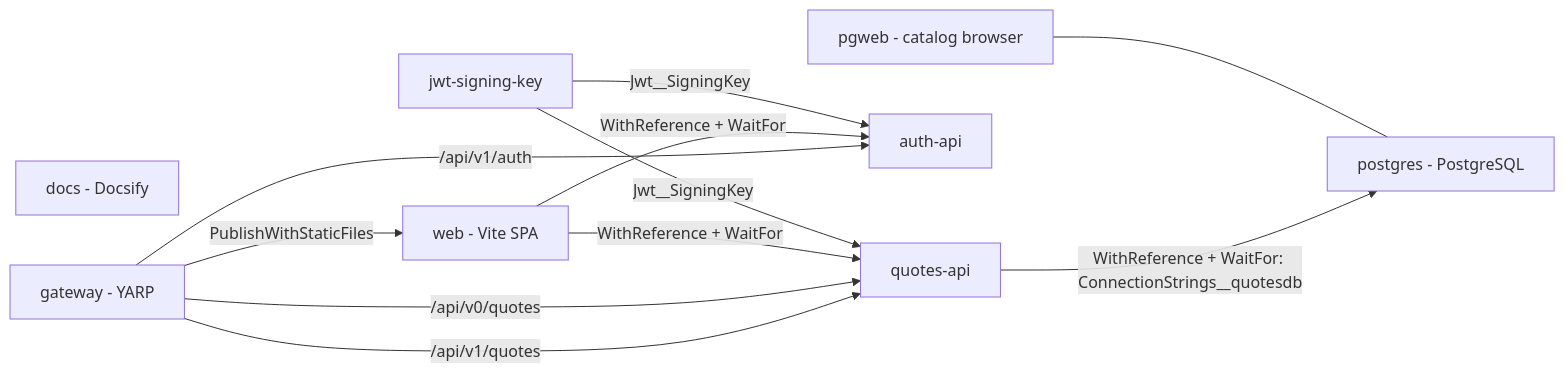
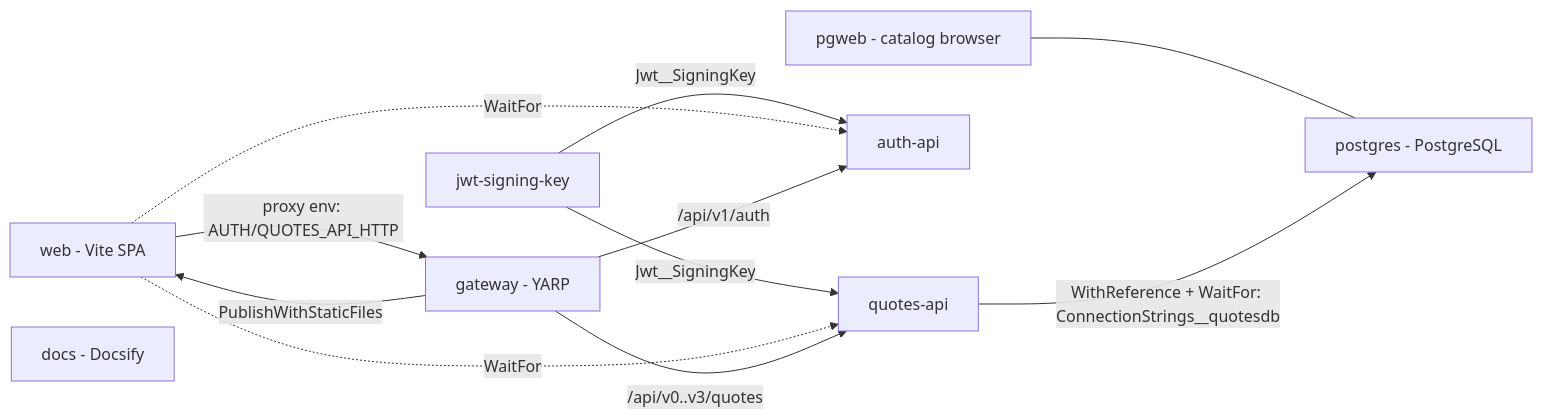
Before and after one commit to josnelihurt/code.examples.net.quotes: the diagram in src/AppHost/README.md, drawn with Mermaid. The commit also changed other lines of this file and 3 other files, not shown here.

````diff
--- a/src/AppHost/README.md
+++ b/src/AppHost/README.md
@@ -28,22 +28,22 @@
 ```mermaid
 flowchart LR
   key["jwt-signing-key"]
   pg["postgres - PostgreSQL"]
   pgweb["pgweb - catalog browser"]
   auth["auth-api"]
   quotes["quotes-api"]
   web["web - Vite SPA"]
   docs["docs - Docsify"]
   gw["gateway - YARP"]
 
   key -->|"Jwt__SigningKey"| auth
   key -->|"Jwt__SigningKey"| quotes
   pgweb --- pg
   quotes -->|"WithReference + WaitFor: ConnectionStrings__quotesdb"| pg
-  web -->|"WithReference + WaitFor"| auth
-  web -->|"WithReference + WaitFor"| quotes
+  web -->|"proxy env: AUTH/QUOTES_API_HTTP"| gw
+  web -.->|"WaitFor"| auth
+  web -.->|"WaitFor"| quotes
   gw -->|"/api/v1/auth"| auth
-  gw -->|"/api/v0/quotes"| quotes
-  gw -->|"/api/v1/quotes"| quotes
+  gw -->|"/api/v0..v3/quotes"| quotes
   gw -->|"PublishWithStaticFiles"| web
 ```
````
